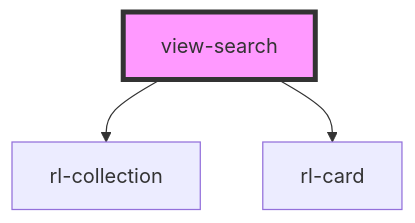
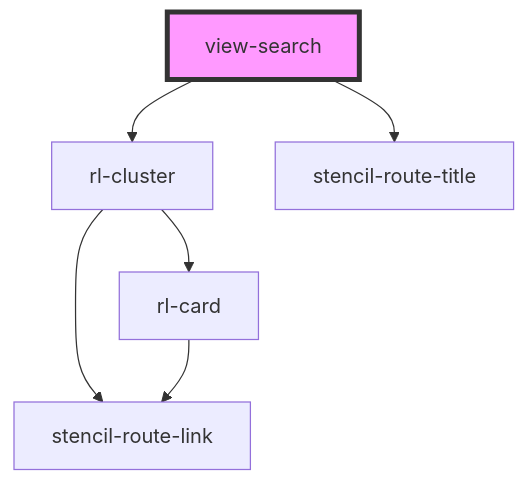
One commit to torontomulibrary/building-info-system changed the diagram in src/views/view-search/readme.md. Above: the diagram before and after it, drawn with Mermaid. The commit also changed other lines of this file and 11 other files, not shown here.

````diff
--- a/src/views/view-search/readme.md
+++ b/src/views/view-search/readme.md
@@ -26,6 +26,9 @@
 ```mermaid
 graph TD;
-  view-search --> rl-collection
-  view-search --> rl-card
+  view-search --> rl-cluster
+  view-search --> stencil-route-title
+  rl-cluster --> rl-card
+  rl-cluster --> stencil-route-link
+  rl-card --> stencil-route-link
   style view-search fill:#f9f,stroke:#333,stroke-width:4px
 ```
````
